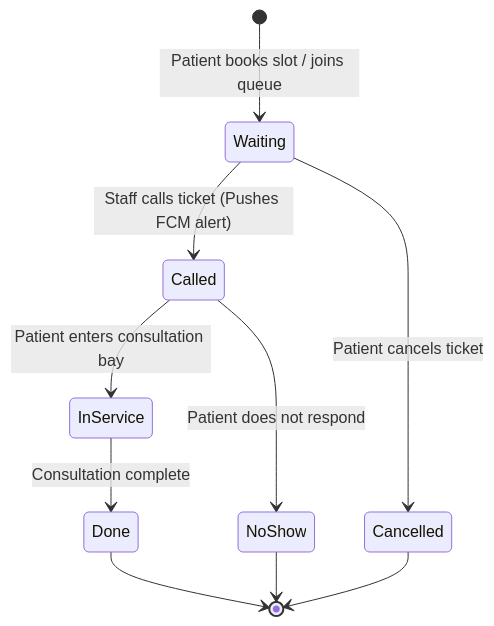
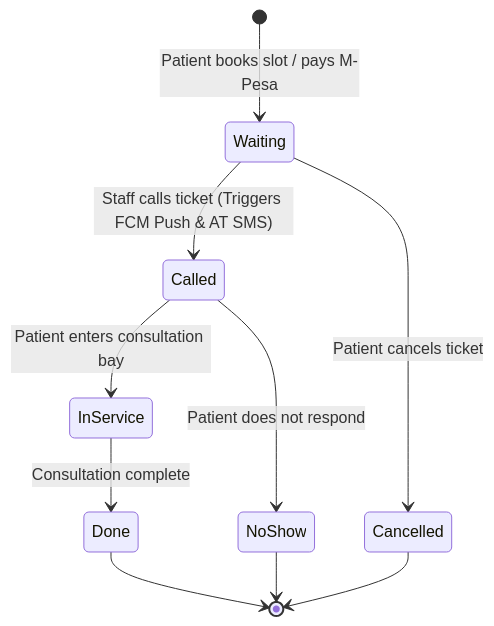
Before and after one commit to crnjihia/clinic-queue: the second of 2 diagrams in README.md, drawn with Mermaid. The commit also changed other lines of this file, not shown here.

Commit message:
docs(readme): update README with visual screenshot gallery, architecture diagrams, and M-Pesa integration overview

````diff
--- a/README.md
+++ b/README.md
@@ -43,12 +58,12 @@
 ```mermaid
 stateDiagram-v2
-    [*] --> Waiting : Patient books slot / joins queue
-    Waiting --> Called : Staff calls ticket (Pushes FCM alert)
+    [*] --> Waiting : Patient books slot / pays M-Pesa
+    Waiting --> Called : Staff calls ticket (Triggers FCM Push & AT SMS)
     Called --> InService : Patient enters consultation bay
     Waiting --> Cancelled : Patient cancels ticket
     Called --> NoShow : Patient does not respond
     InService --> Done : Consultation complete
     Done --> [*]
     Cancelled --> [*]
     NoShow --> [*]
 ```
````
